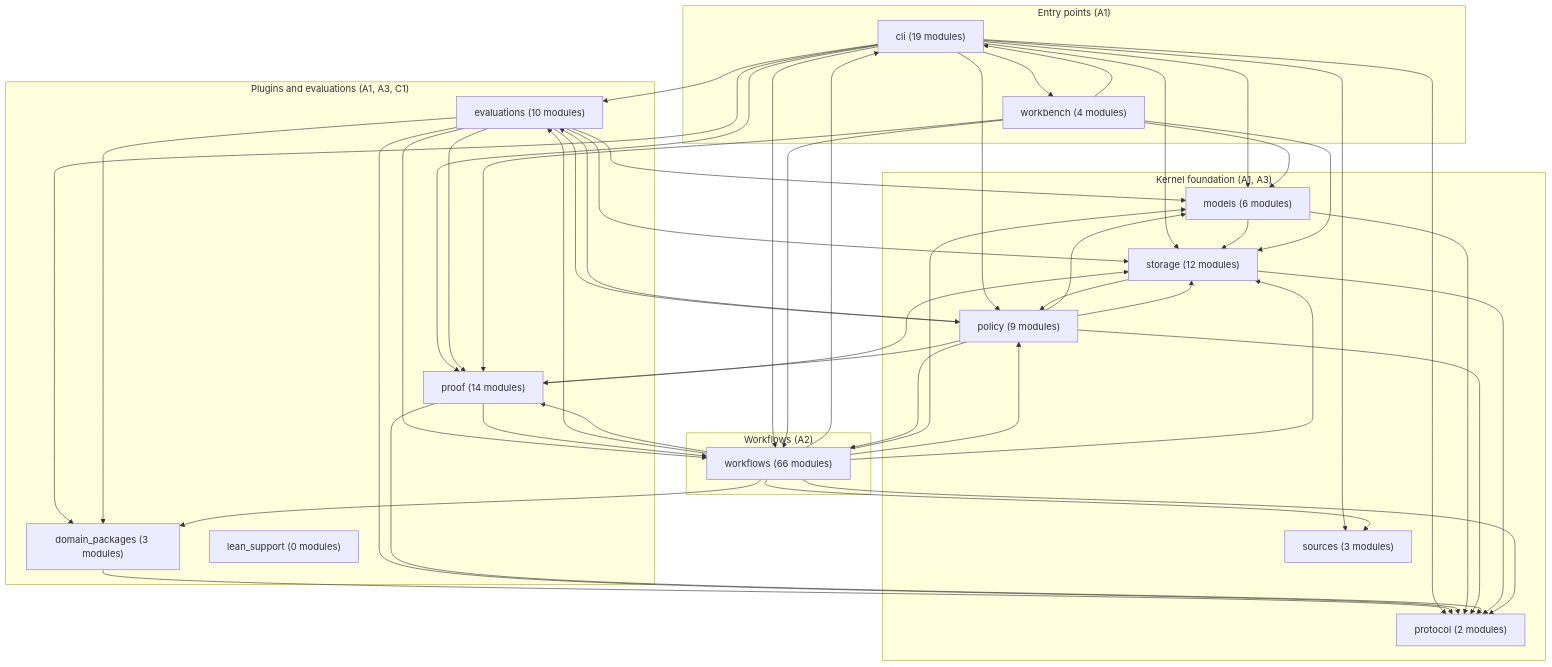
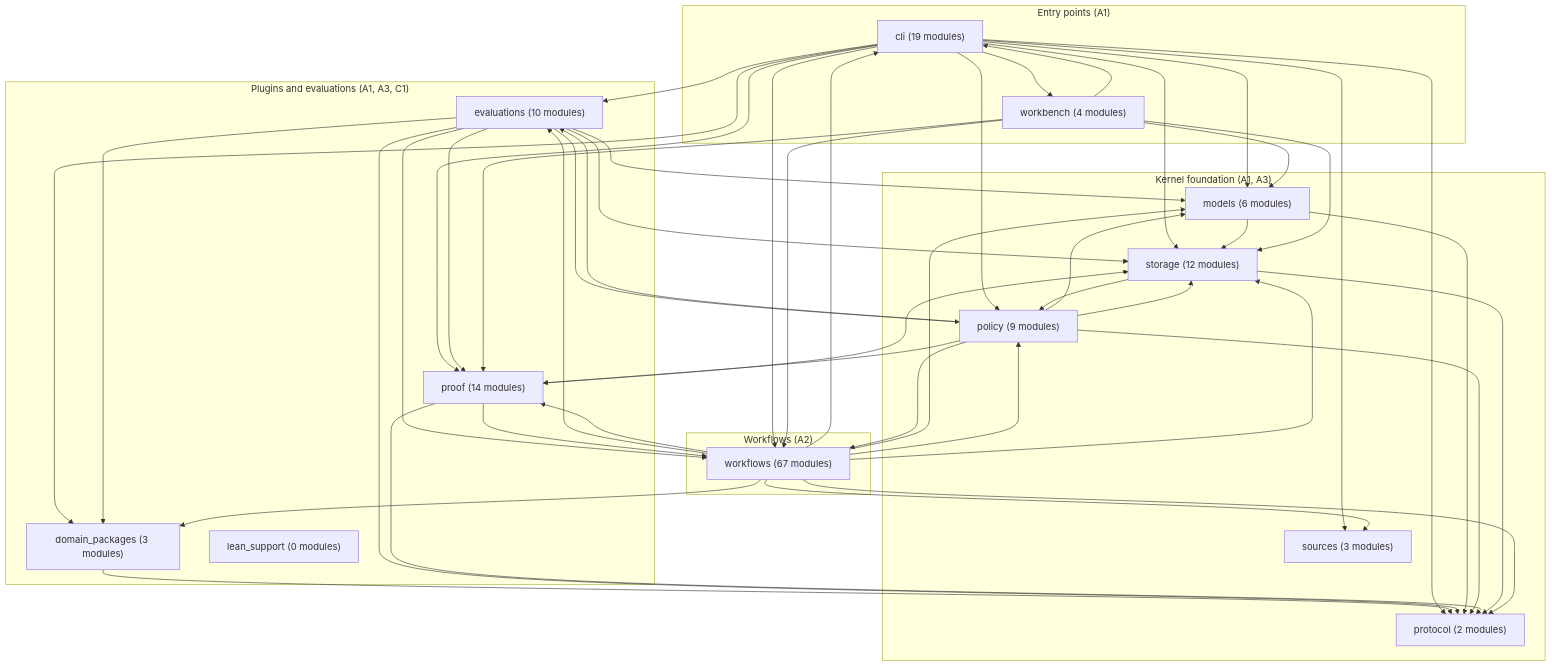
Before and after one commit to SAFuDarren/Trellin: the diagram in docs/architecture-map.md, drawn with Mermaid. The commit also changed other lines of this file and 11 other files, not shown here.

````diff
--- a/docs/architecture-map.md
+++ b/docs/architecture-map.md
@@ -14,68 +14,68 @@
 ```mermaid
 flowchart TD
     subgraph layer_entry["Entry points (A1)"]
         cli["cli (19 modules)"]
         workbench["workbench (4 modules)"]
     end
     subgraph layer_workflows["Workflows (A2)"]
-        workflows["workflows (66 modules)"]
+        workflows["workflows (67 modules)"]
     end
     subgraph layer_kernel["Kernel foundation (A1, A3)"]
         models["models (6 modules)"]
         policy["policy (9 modules)"]
         protocol["protocol (2 modules)"]
         sources["sources (3 modules)"]
         storage["storage (12 modules)"]
     end
     subgraph layer_plugin["Plugins and evaluations (A1, A3, C1)"]
         domain_packages["domain_packages (3 modules)"]
         evaluations["evaluations (10 modules)"]
         lean_support["lean_support (0 modules)"]
         proof["proof (14 modules)"]
     end
     cli --> domain_packages
     cli --> evaluations
     cli --> models
     cli --> policy
     cli --> proof
     cli --> protocol
     cli --> sources
     cli --> storage
     cli --> workbench
     cli --> workflows
     domain_packages --> protocol
     evaluations --> domain_packages
     evaluations --> models
     evaluations --> policy
     evaluations --> proof
     evaluations --> protocol
     evaluations --> storage
     evaluations --> workflows
     models --> protocol
     models --> storage
     policy --> evaluations
     policy --> models
     policy --> proof
     policy --> protocol
     policy --> storage
     policy --> workflows
     proof --> protocol
     proof --> storage
     proof --> workflows
     storage --> policy
     storage --> protocol
     workbench --> cli
     workbench --> models
     workbench --> proof
     workbench --> storage
     workbench --> workflows
     workflows --> cli
     workflows --> domain_packages
     workflows --> evaluations
     workflows --> models
     workflows --> policy
     workflows --> proof
     workflows --> protocol
     workflows --> sources
     workflows --> storage
 ```
````
